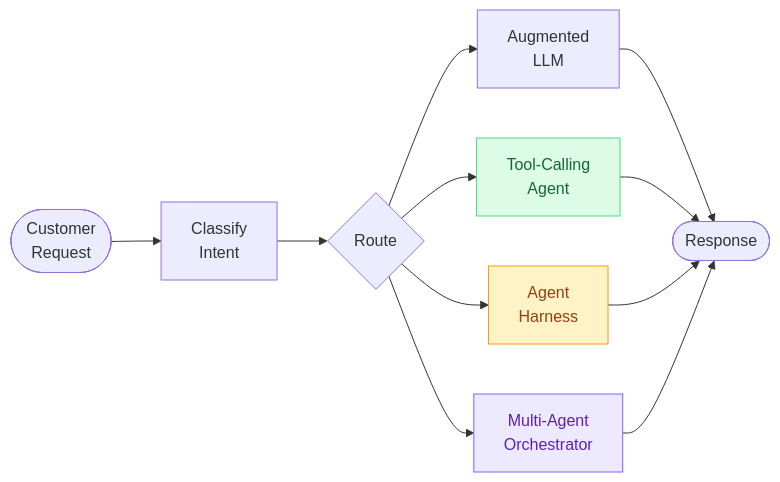
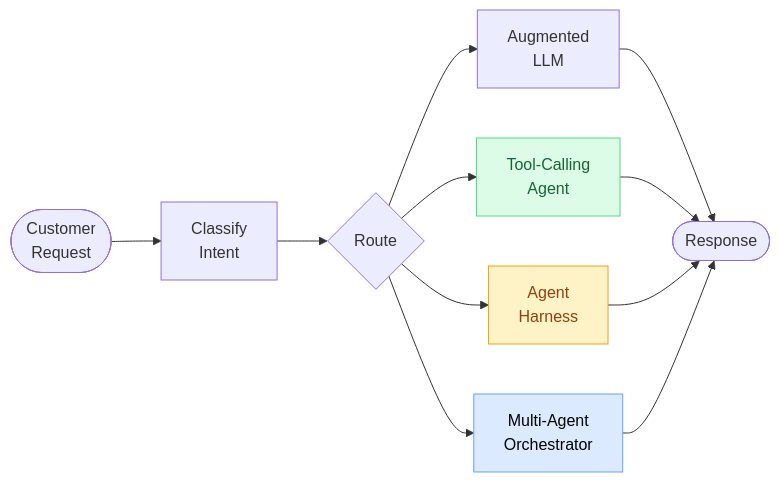
Before and after one commit to daveebbelaar/ai-cookbook: the sixth of 6 diagrams in agents/agent-complexity/README.md, drawn with Mermaid. The commit also changed other lines of this file, not shown here.

Commit message:
Update README.md to modify orchestration class styling for improved visual consistency across flowcharts.

````diff
--- a/agents/agent-complexity/README.md
+++ b/agents/agent-complexity/README.md
@@ -140,18 +140,18 @@
 ```mermaid
 flowchart LR
     IN(["Customer<br>Request"]) --> CLASSIFY["Classify<br>Intent"] --> ROUTE{"Route"}
 
     ROUTE --> L1["Augmented<br>LLM"]
     ROUTE --> L3["Tool-Calling<br>Agent"]:::agent
     ROUTE --> L4["Agent<br>Harness"]:::harness
     ROUTE --> L5["Multi-Agent<br>Orchestrator"]:::orch
 
     L1 --> OUT(["Response"])
     L3 --> OUT
     L4 --> OUT
     L5 --> OUT
 
     classDef agent fill:#dcfce7,stroke:#4ade80,color:#166534
     classDef harness fill:#fef3c7,stroke:#f59e0b,color:#92400e
-    classDef orch fill:#ede9fe,stroke:#8b5cf6,color:#5b21b6
+    classDef orch fill:#dbeafe,stroke:#60a5fa,color:#000
 ```
````
